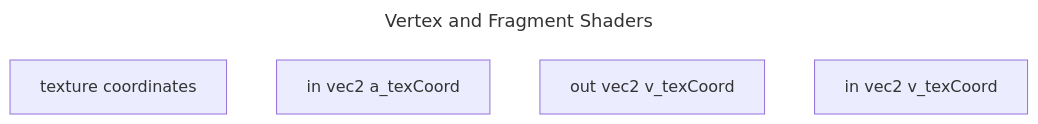
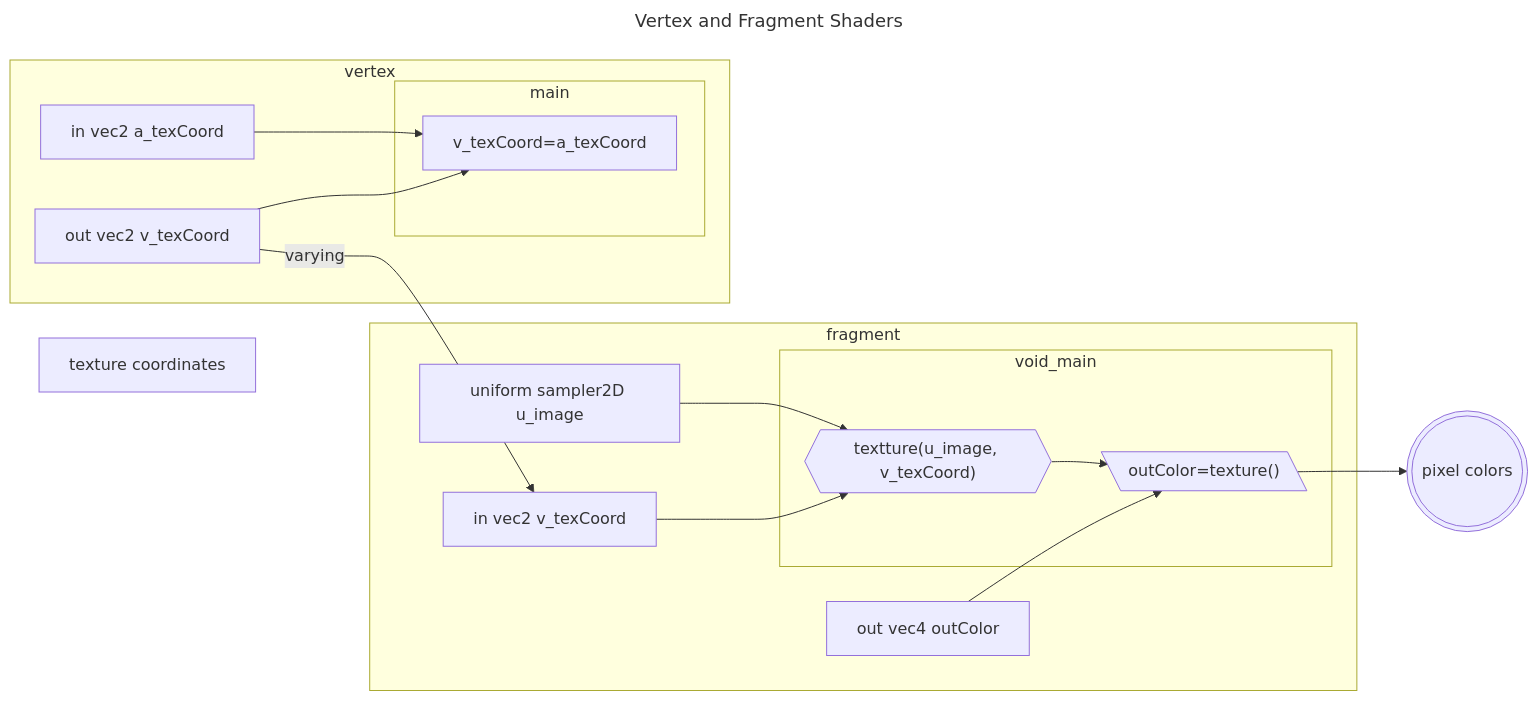
The second of 2 diagrams in books/WebGL2 Fundamentals/WebGL2 Image Processing.md (softtiny/integrate-), drawn with Mermaid before and after one commit.

Commit message:
:construction: Work in progress.

````diff
--- a/books/WebGL2 Fundamentals/WebGL2 Image Processing.md
+++ b/books/WebGL2 Fundamentals/WebGL2 Image Processing.md
@@ -18,10 +18,35 @@
 ```mermaid
 ---
 title: Vertex and Fragment Shaders
 ---
-flowchart
+flowchart LR
     coord[texture coordinates]
-    a_text_Coord[in vec2 a_texCoord]
-    out_v_text[out vec2 v_texCoord]
-    in_v_text[in vec2 v_texCoord]
+    subgraph fragment
+        in_v_text[in vec2 v_texCoord]
+        out[out vec4 outColor]
+        uniform[uniform sampler2D u_image]
+        
+        subgraph void_main
+            texture@{ shape: hex, label: "textture(u_image, v_texCoord)" }
+            output@{ shape: lean-l, label: "outColor=texture()" }
+        end
+        uniform --> texture
+        in_v_text --> texture
+        texture --> output
+        out --> output
+    end
+
+    subgraph vertex 
+        a_text_Coord[in vec2 a_texCoord]
+        out_v_text[out vec2 v_texCoord]
+        
+        subgraph main
+            set[v_texCoord=a_texCoord]
+        end
+        a_text_Coord --> set
+        out_v_text --> set
+    end
+    colors@{ shape: dbl-circ, label: "pixel colors" }
+    out_v_text -- varying  --> in_v_text
+    output --> colors
 ```
````
